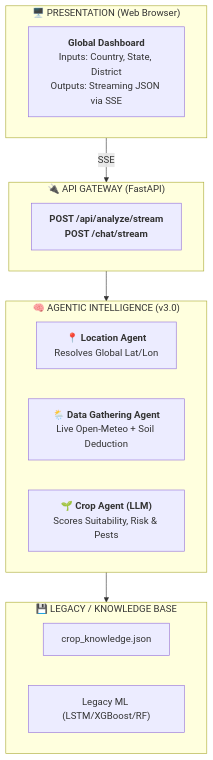
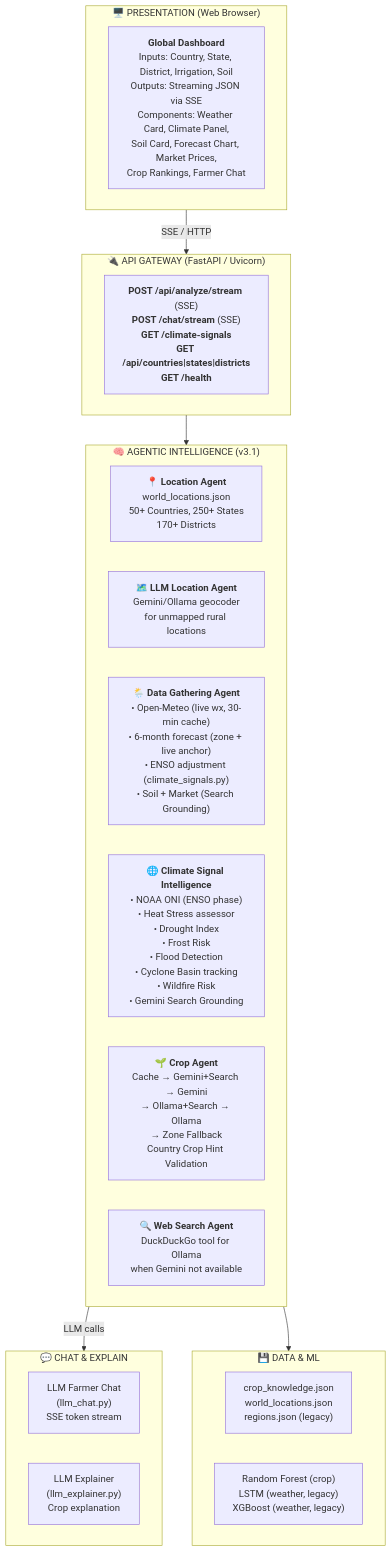
The diagram in user_module_paper.md (tirthch25/AI-Powered-Weather-Resilient-Crop-Advisor), drawn with Mermaid before and after one commit. The commit also changed other lines of this file and 2 other files, not shown here.

````diff
--- a/user_module_paper.md
+++ b/user_module_paper.md
@@ -44,25 +100,34 @@
 ```mermaid
 flowchart TD
     subgraph L1["🖥️  PRESENTATION (Web Browser)"]
-        UI["<b>Global Dashboard</b><br/>Inputs: Country, State, District<br/>Outputs: Streaming JSON via SSE"]
+        UI["<b>Global Dashboard</b><br/>Inputs: Country, State, District, Irrigation, Soil<br/>Outputs: Streaming JSON via SSE<br/>Components: Weather Card, Climate Panel,<br/>Soil Card, Forecast Chart, Market Prices,<br/>Crop Rankings, Farmer Chat"]
     end
 
-    subgraph L2["🔌  API GATEWAY (FastAPI)"]
-        API["<b>POST /api/analyze/stream</b><br/><b>POST /chat/stream</b>"]
+    subgraph L2["🔌  API GATEWAY (FastAPI / Uvicorn)"]
+        API["<b>POST /api/analyze/stream</b> (SSE)<br/><b>POST /chat/stream</b> (SSE)<br/><b>GET /climate-signals</b><br/><b>GET /api/countries|states|districts</b><br/><b>GET /health</b>"]
     end
 
-    subgraph L3["🧠  AGENTIC INTELLIGENCE (v3.0)"]
-        LA["📍 <b>Location Agent</b><br/>Resolves Global Lat/Lon"]
-        DGA["🌦️ <b>Data Gathering Agent</b><br/>Live Open-Meteo + Soil Deduction"]
-        CA["🌱 <b>Crop Agent (LLM)</b><br/>Scores Suitability, Risk & Pests"]
+    subgraph L3["🧠  AGENTIC INTELLIGENCE (v3.1)"]
+        LA["📍 <b>Location Agent</b><br/>world_locations.json<br/>50+ Countries, 250+ States<br/>170+ Districts"]
+        LLA["🗺️ <b>LLM Location Agent</b><br/>Gemini/Ollama geocoder<br/>for unmapped rural locations"]
+        DGA["🌦️ <b>Data Gathering Agent</b><br/>• Open-Meteo (live wx, 30-min cache)<br/>• 6-month forecast (zone + live anchor)<br/>• ENSO adjustment (climate_signals.py)<br/>• Soil + Market (Search Grounding)"]
+        CSI["🌐 <b>Climate Signal Intelligence</b><br/>• NOAA ONI (ENSO phase)<br/>• Heat Stress assessor<br/>• Drought Index<br/>• Frost Risk<br/>• Flood Detection<br/>• Cyclone Basin tracking<br/>• Wildfire Risk<br/>• Gemini Search Grounding"]
+        CA["🌱 <b>Crop Agent</b><br/>Cache → Gemini+Search → Gemini<br/>→ Ollama+Search → Ollama<br/>→ Zone Fallback<br/>Country Crop Hint Validation"]
+        WSA["🔍 <b>Web Search Agent</b><br/>DuckDuckGo tool for Ollama<br/>when Gemini not available"]
     end
 
-    subgraph L4["💾  LEGACY / KNOWLEDGE BASE"]
-        DB["crop_knowledge.json"]
-        LEG["Legacy ML (LSTM/XGBoost/RF)"]
+    subgraph L4["💬  CHAT & EXPLAIN"]
+        CHAT["LLM Farmer Chat<br/>(llm_chat.py)<br/>SSE token stream"]
+        EXP["LLM Explainer<br/>(llm_explainer.py)<br/>Crop explanation"]
     end
 
-    L1 -->|"SSE"| L2
+    subgraph L5["💾  DATA & ML"]
+        DB["crop_knowledge.json<br/>world_locations.json<br/>regions.json (legacy)"]
+        ML["Random Forest (crop)<br/>LSTM (weather, legacy)<br/>XGBoost (weather, legacy)"]
+    end
+
+    L1 -->|"SSE / HTTP"| L2
     L2 --> L3
-    L3 --> L4
+    L3 -->|"LLM calls"| L4
+    L3 --> L5
 ```
````
